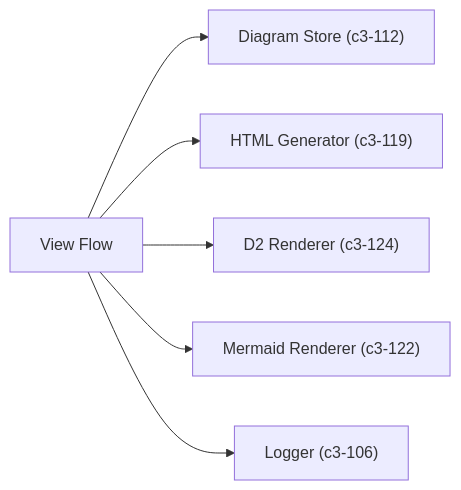
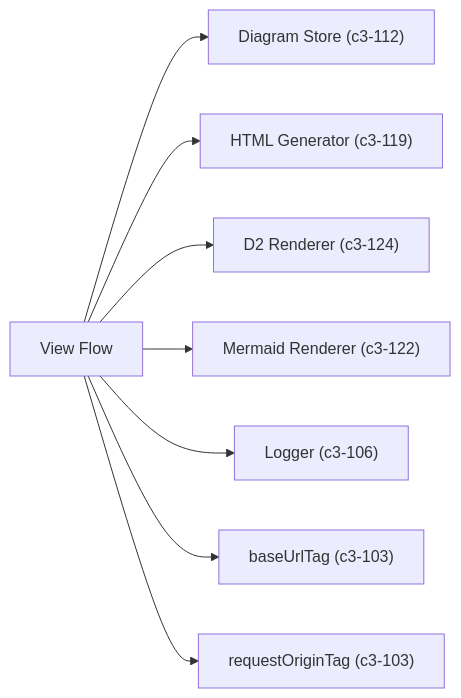
One commit to lagz0ne/diashort changed the first of 2 diagrams in .c3/c3-1-api-server/c3-116-view-flow.md. Above: the diagram before and after it, drawn with Mermaid. The commit also changed other lines of this file and 26 other files, not shown here.

First line of the commit message:
docs: audit and update C3 architecture docs, add codemap

````diff
--- a/.c3/c3-1-api-server/c3-116-view-flow.md
+++ b/.c3/c3-1-api-server/c3-116-view-flow.md
@@ -17,8 +20,10 @@
 ```mermaid
 graph LR
     ViewFlow["View Flow"] --> DiagramStore["Diagram Store (c3-112)"]
     ViewFlow --> HTMLGen["HTML Generator (c3-119)"]
     ViewFlow --> D2Renderer["D2 Renderer (c3-124)"]
     ViewFlow --> MermaidRenderer["Mermaid Renderer (c3-122)"]
     ViewFlow --> Logger["Logger (c3-106)"]
+    ViewFlow --> BaseUrlTag["baseUrlTag (c3-103)"]
+    ViewFlow --> RequestOriginTag["requestOriginTag (c3-103)"]
 ```
````
